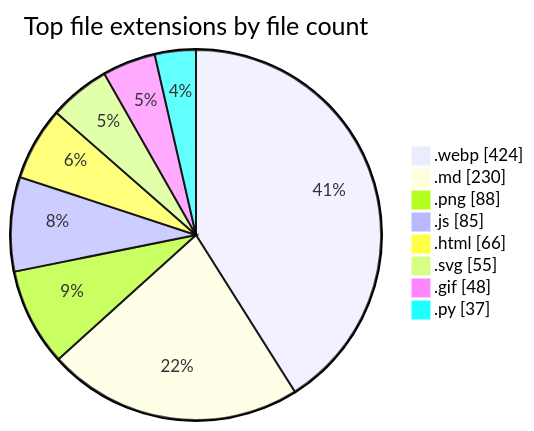
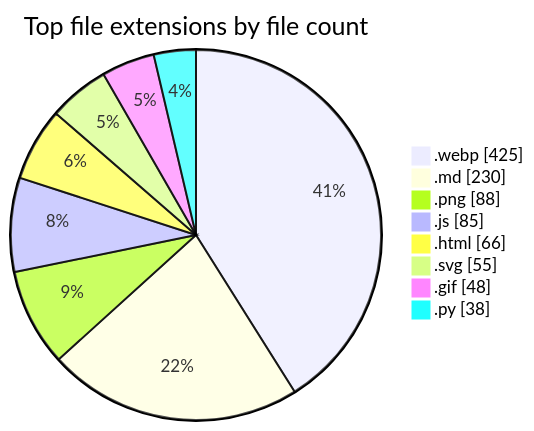
One commit to tchinso/tchinso changed the second of 2 diagrams in README.md. Above: the diagram before and after it, drawn with Mermaid. The commit also changed other lines of this file, not shown here.

````diff
--- a/README.md
+++ b/README.md
@@ -53,12 +53,12 @@
 ```mermaid
 pie showData
     title Top file extensions by file count
-    ".webp" : 424
+    ".webp" : 425
     ".md" : 230
     ".png" : 88
     ".js" : 85
     ".html" : 66
     ".svg" : 55
     ".gif" : 48
-    ".py" : 37
+    ".py" : 38
 ```
````
